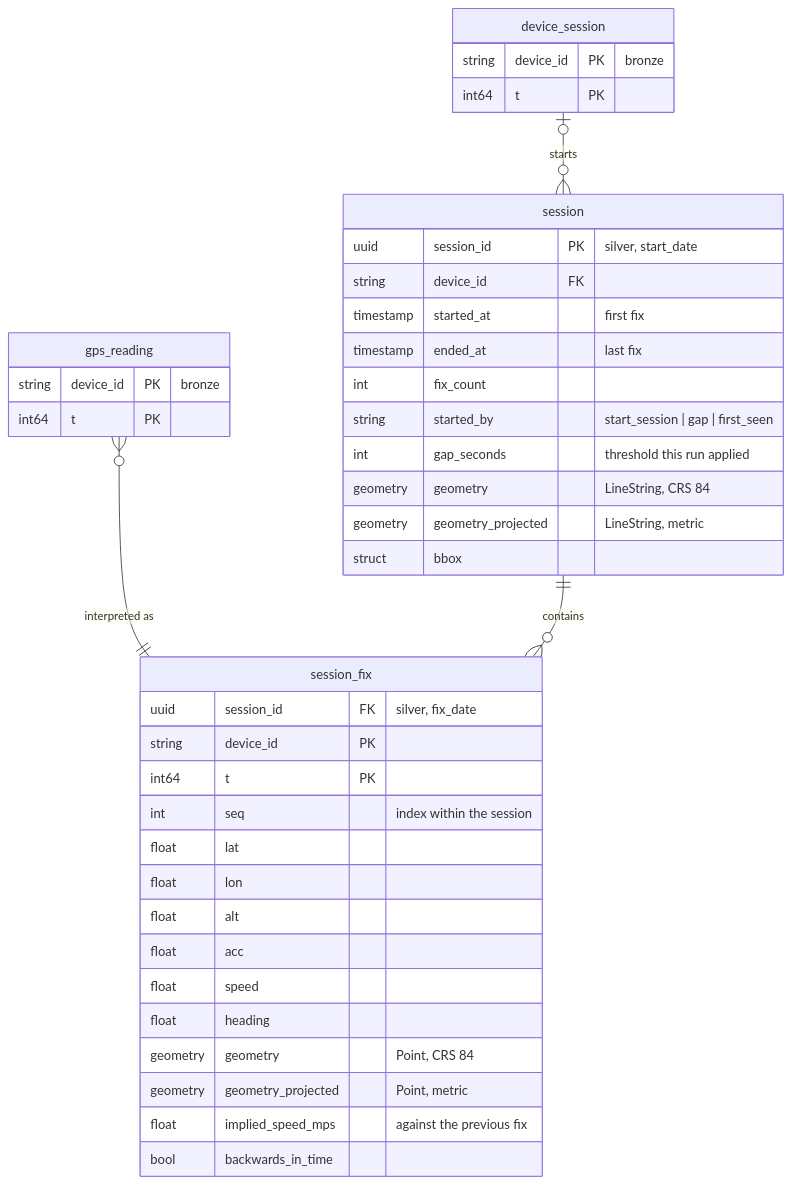
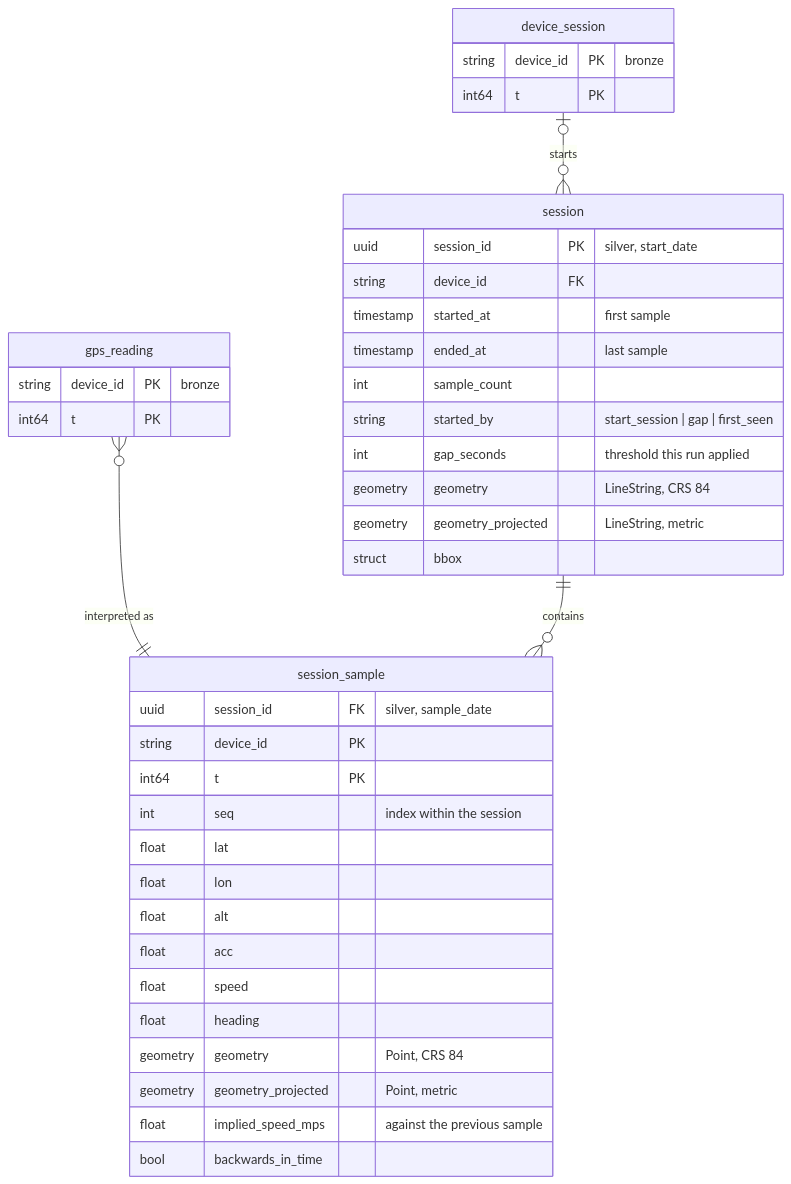
The first of 2 diagrams in apps/lookout/docs/current-slice.md (mikemoraned/geo), drawn with Mermaid before and after one commit. The commit also changed other lines of this file and 10 other files, not shown here.

````diff
--- a/apps/lookout/docs/current-slice.md
+++ b/apps/lookout/docs/current-slice.md
@@ -377,43 +378,43 @@
 ```mermaid
 erDiagram
-    gps_reading }o--|| session_fix : "interpreted as"
+    gps_reading }o--|| session_sample : "interpreted as"
     device_session |o--o{ session : starts
-    session ||--o{ session_fix : contains
+    session ||--o{ session_sample : contains
 
     gps_reading {
         string device_id PK "bronze"
         int64 t PK
     }
     device_session {
         string device_id PK "bronze"
         int64 t PK
     }
     session {
         uuid session_id PK "silver, start_date"
         string device_id FK
-        timestamp started_at "first fix"
-        timestamp ended_at "last fix"
-        int fix_count
+        timestamp started_at "first sample"
+        timestamp ended_at "last sample"
+        int sample_count
         string started_by "start_session | gap | first_seen"
         int gap_seconds "threshold this run applied"
         geometry geometry "LineString, CRS 84"
         geometry geometry_projected "LineString, metric"
         struct bbox
     }
-    session_fix {
-        uuid session_id FK "silver, fix_date"
+    session_sample {
+        uuid session_id FK "silver, sample_date"
         string device_id PK
         int64 t PK
         int seq "index within the session"
         float lat
         float lon
         float alt
         float acc
         float speed
         float heading
         geometry geometry "Point, CRS 84"
         geometry geometry_projected "Point, metric"
-        float implied_speed_mps "against the previous fix"
+        float implied_speed_mps "against the previous sample"
         bool backwards_in_time
     }
 ```
````
